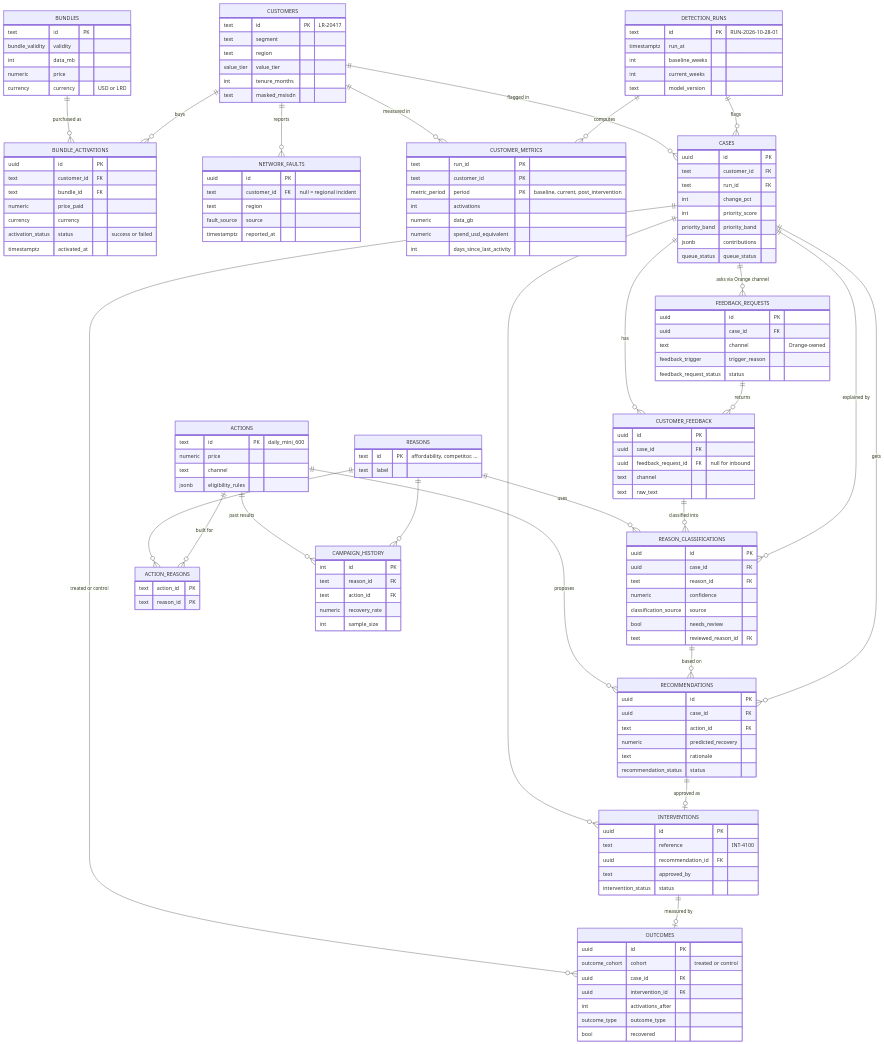
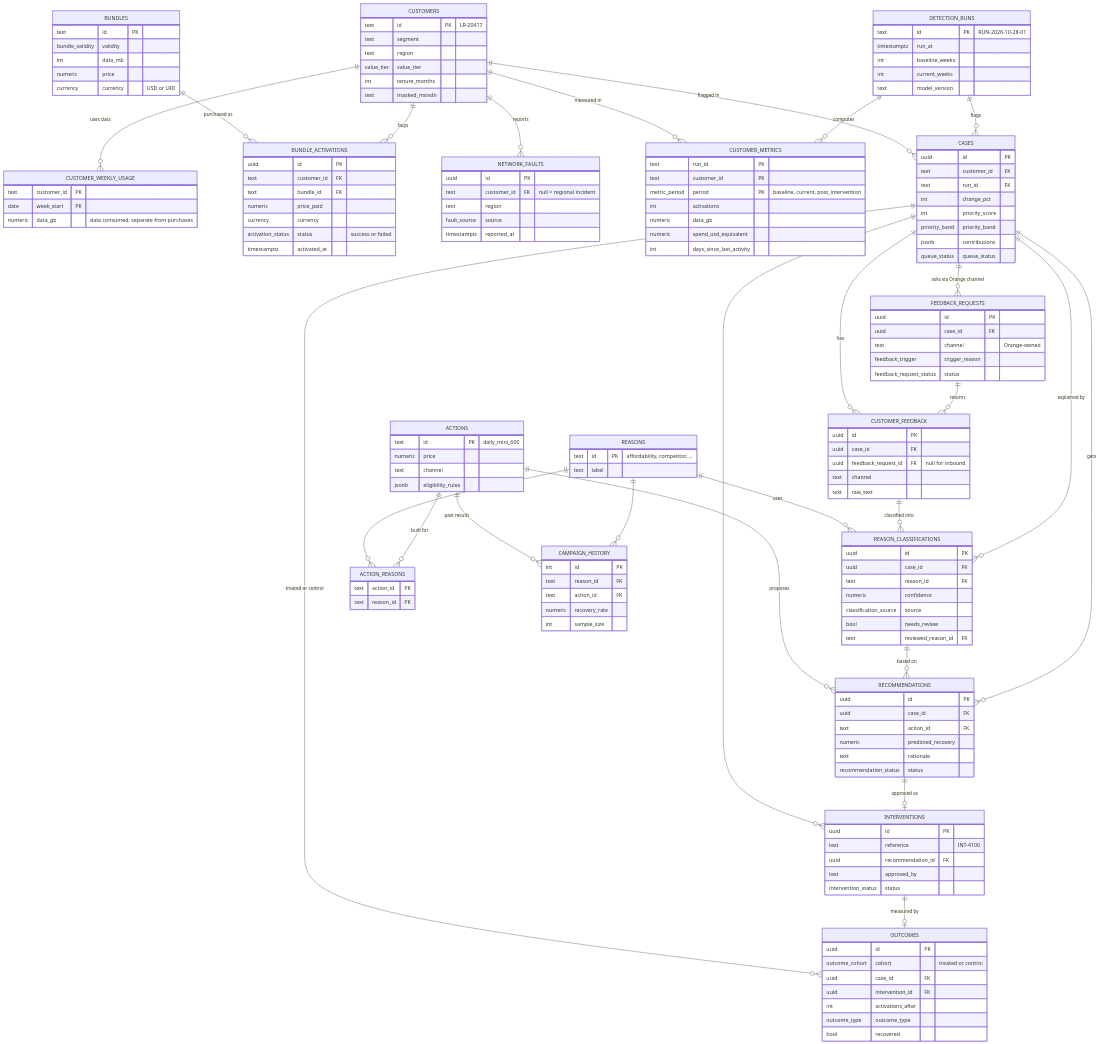
One commit to resolveaiosc2026/Resolve-Ai changed the diagram in docs/erd.md. Above: the diagram before and after it, drawn with Mermaid. The commit also changed other lines of this file and 2 other files, not shown here.

Commit message:
docs: document seeding and weekly usage table

````diff
--- a/docs/erd.md
+++ b/docs/erd.md
@@ -11,5 +11,6 @@
 ```mermaid
 erDiagram
+    CUSTOMERS ||--o{ CUSTOMER_WEEKLY_USAGE : "uses data"
     CUSTOMERS ||--o{ BUNDLE_ACTIVATIONS : buys
     BUNDLES ||--o{ BUNDLE_ACTIVATIONS : "purchased as"
     CUSTOMERS ||--o{ NETWORK_FAULTS : reports
@@ -42,6 +43,11 @@
         value_tier value_tier
         int tenure_months
         text masked_msisdn
+    }
+    CUSTOMER_WEEKLY_USAGE {
+        text customer_id PK
+        date week_start PK
+        numeric data_gb "data consumed, separate from purchases"
     }
     BUNDLES {
         text id PK
````
